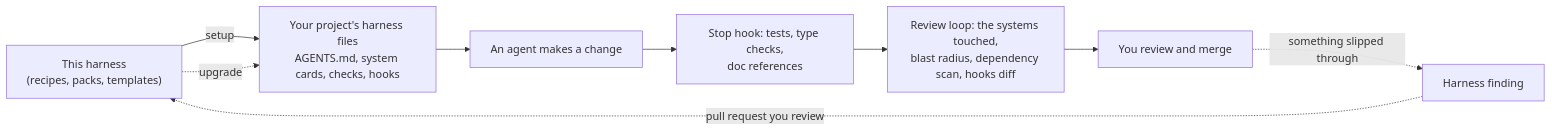
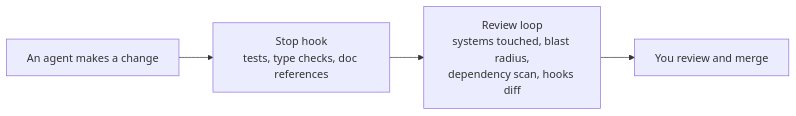
Before and after one commit to nchrisr/coding-agents-harness: the second of 2 diagrams in README.md, drawn with Mermaid. The commit also changed other lines of this file and 2 other files, not shown here.

Commit message:
README: one harness, many projects diagram (v0.6.2)

````diff
--- a/README.md
+++ b/README.md
@@ -34,11 +62,6 @@
 ```mermaid
 flowchart LR
-    H["This harness<br/>(recipes, packs, templates)"] -->|setup| P["Your project's harness files<br/>AGENTS.md, system cards, checks, hooks"]
-    P --> C["An agent makes a change"]
-    C --> S["Stop hook: tests, type checks,<br/>doc references"]
-    S --> R["Review loop: the systems touched,<br/>blast radius, dependency scan, hooks diff"]
+    C["An agent makes a change"] --> S["Stop hook<br/>tests, type checks, doc references"]
+    S --> R["Review loop<br/>systems touched, blast radius,<br/>dependency scan, hooks diff"]
     R --> O["You review and merge"]
-    O -.->|"something slipped through"| F["Harness finding"]
-    F -.->|"pull request you review"| H
-    H -.->|upgrade| P
 ```
````
